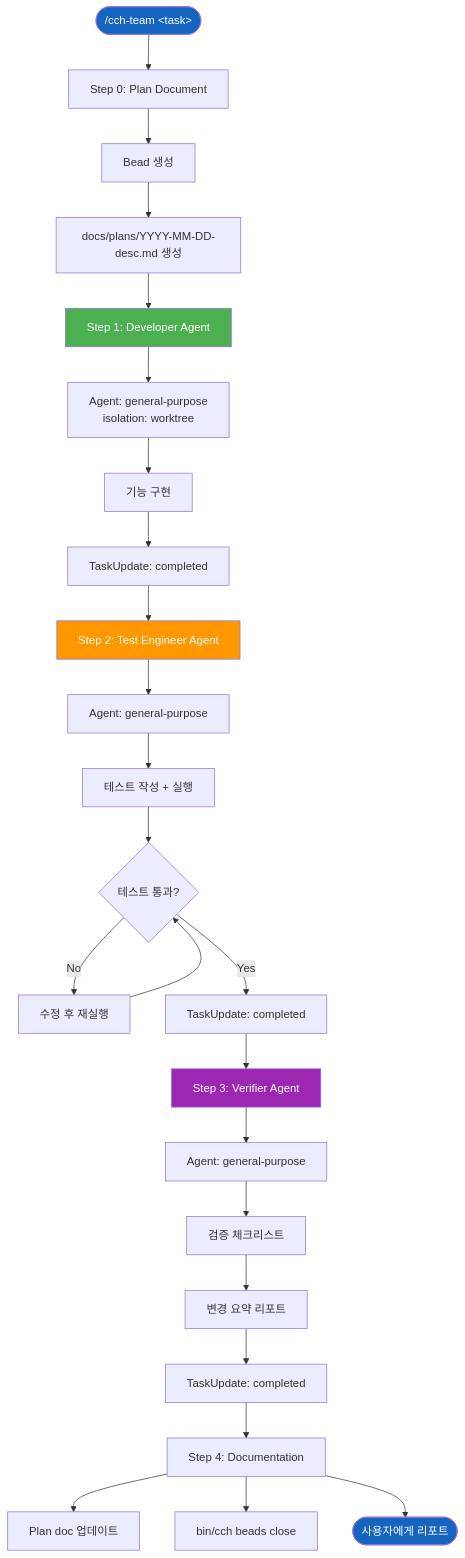
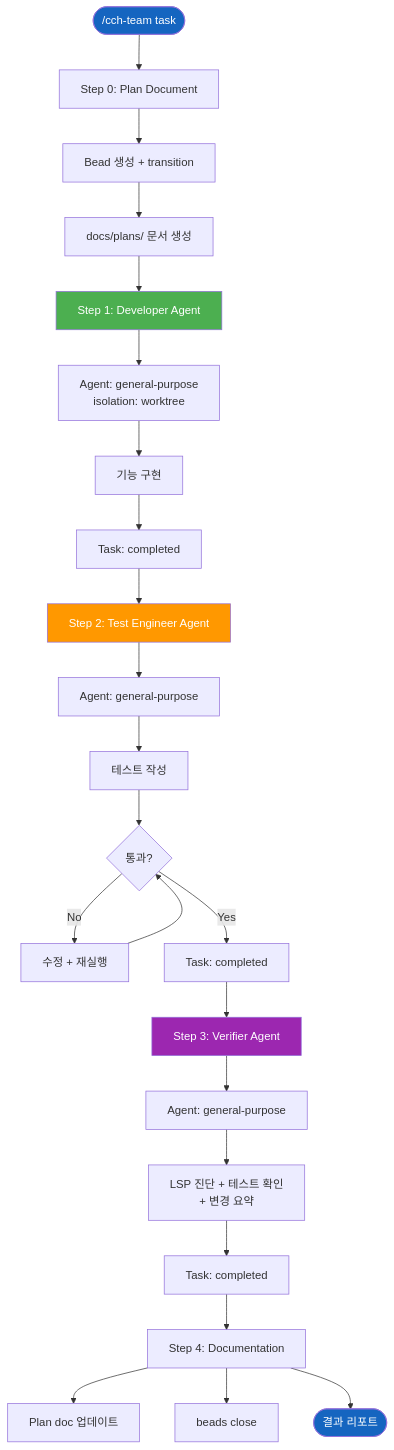
Diagram 11 of 18 in docs/diagrams/cch-workflows.md (skdkfk8758/claude-code-harness), drawn with Mermaid before and after one commit. The commit also changed other lines of this file and 10 other files, not shown here.

Commit message:
docs: add plan documents and diagrams from current session

````diff
--- a/docs/diagrams/cch-workflows.md
+++ b/docs/diagrams/cch-workflows.md
@@ -430,37 +530,35 @@
 ```mermaid
 flowchart TD
-    START(["/cch-team &lt;task&gt;"]) --> PLAN_DOC["Step 0: Plan Document"]
+    START(["/cch-team task"]) --> SETUP["Step 0: Plan Document"]
+    SETUP --> BEAD["Bead 생성 + transition"]
+    BEAD --> PLAN_DOC["docs/plans/ 문서 생성"]
 
-    PLAN_DOC --> GEN_ID["Bead 생성"]
-    GEN_ID --> CREATE_PLAN["docs/plans/YYYY-MM-DD-desc.md 생성"]
-
-    CREATE_PLAN --> DEV["Step 1: Developer Agent"]
-    DEV --> DEV_AGENT["Agent: general-purpose<br/>isolation: worktree"]
-    DEV_AGENT --> DEV_IMPL["기능 구현"]
-    DEV_IMPL --> DEV_DONE["TaskUpdate: completed"]
+    PLAN_DOC --> DEV["Step 1: Developer Agent"]
+    DEV --> DEV_A["Agent: general-purpose<br/>isolation: worktree"]
+    DEV_A --> DEV_IMPL["기능 구현"]
+    DEV_IMPL --> DEV_DONE["Task: completed"]
 
     DEV_DONE --> TEST["Step 2: Test Engineer Agent"]
-    TEST --> TEST_AGENT["Agent: general-purpose"]
-    TEST_AGENT --> WRITE_TEST["테스트 작성 + 실행"]
-    WRITE_TEST --> FIX_LOOP{"테스트 통과?"}
-    FIX_LOOP -->|No| FIX["수정 후 재실행"]
-    FIX --> FIX_LOOP
-    FIX_LOOP -->|Yes| TEST_DONE["TaskUpdate: completed"]
+    TEST --> TEST_A["Agent: general-purpose"]
+    TEST_A --> TEST_WRITE["테스트 작성"]
+    TEST_WRITE --> TEST_RUN{"통과?"}
+    TEST_RUN -->|No| TEST_FIX["수정 + 재실행"]
+    TEST_FIX --> TEST_RUN
+    TEST_RUN -->|Yes| TEST_DONE["Task: completed"]
 
-    TEST_DONE --> VERIFY["Step 3: Verifier Agent"]
-    VERIFY --> VERIFY_AGENT["Agent: general-purpose"]
-    VERIFY_AGENT --> CHECK["검증 체크리스트"]
-    CHECK --> CHANGE_SUMMARY["변경 요약 리포트"]
-    CHANGE_SUMMARY --> VERIFY_DONE["TaskUpdate: completed"]
+    TEST_DONE --> VER["Step 3: Verifier Agent"]
+    VER --> VER_A["Agent: general-purpose"]
+    VER_A --> VER_CHK["LSP 진단 + 테스트 확인<br/>+ 변경 요약"]
+    VER_CHK --> VER_DONE["Task: completed"]
 
-    VERIFY_DONE --> FINALIZE["Step 4: Documentation"]
-    FINALIZE --> UPDATE_PLAN["Plan doc 업데이트"]
-    FINALIZE --> BEAD_CLOSE["bin/cch beads close"]
-    FINALIZE --> REPORT(["사용자에게 리포트"])
+    VER_DONE --> FINAL["Step 4: Documentation"]
+    FINAL --> UPDATE["Plan doc 업데이트"]
+    FINAL --> CLOSE["beads close"]
+    FINAL --> REPORT(["결과 리포트"])
 
     style START fill:#1565C0,color:white
     style DEV fill:#4CAF50,color:white
     style TEST fill:#FF9800,color:white
-    style VERIFY fill:#9C27B0,color:white
+    style VER fill:#9C27B0,color:white
     style REPORT fill:#1565C0,color:white
 ```
````
